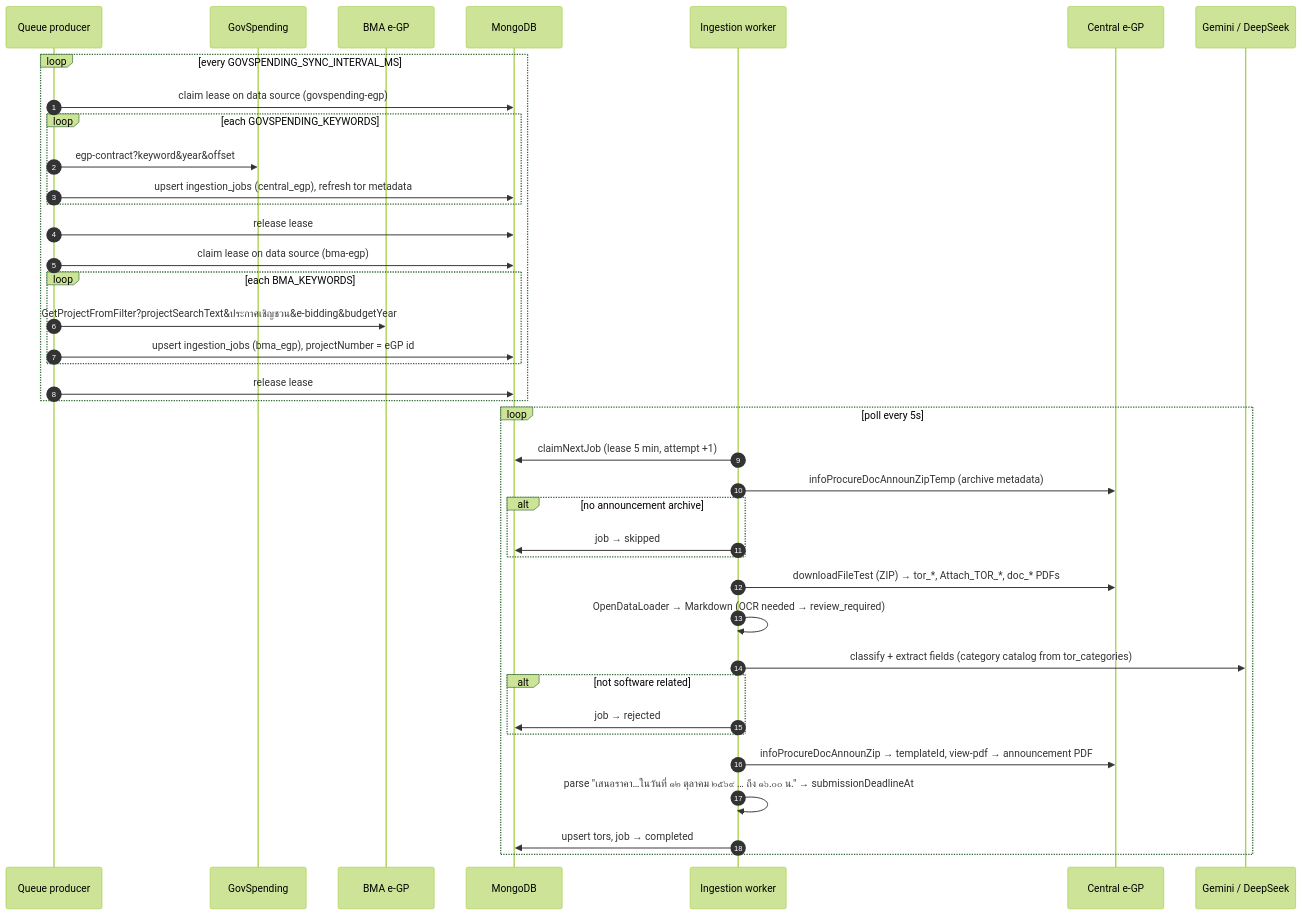
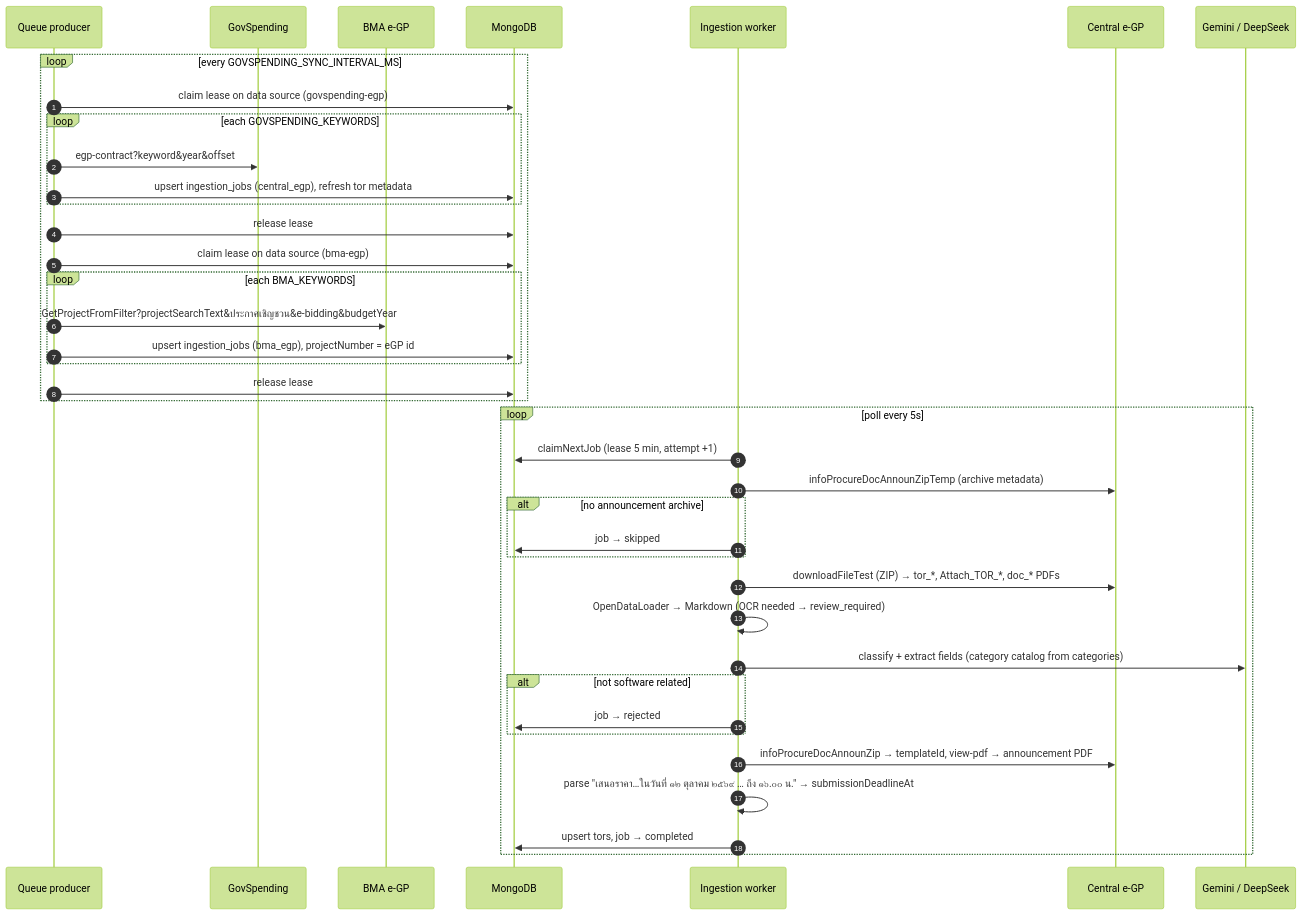
One commit to Doggo-CSP/TORPulse changed the third of 5 diagrams in docs/system-architecture.md. Above: the diagram before and after it, drawn with Mermaid (forest theme). The commit also changed other lines of this file and 2 other files, not shown here.

First line of the commit message:
docs: categories collection, admin API and finished-project reports

````diff
--- a/docs/system-architecture.md
+++ b/docs/system-architecture.md
@@ -90,43 +90,43 @@
 ```mermaid
 sequenceDiagram
   autonumber
   participant P as Queue producer
   participant G as GovSpending
   participant B as BMA e-GP
   participant DB as MongoDB
   participant W as Ingestion worker
   participant E as Central e-GP
   participant AI as Gemini / DeepSeek
 
   loop every GOVSPENDING_SYNC_INTERVAL_MS
     P->>DB: claim lease on data source (govspending-egp)
     loop each GOVSPENDING_KEYWORDS
       P->>G: egp-contract?keyword&year&offset
       P->>DB: upsert ingestion_jobs (central_egp), refresh tor metadata
     end
     P->>DB: release lease
     P->>DB: claim lease on data source (bma-egp)
     loop each BMA_KEYWORDS
       P->>B: GetProjectFromFilter?projectSearchText&ประกาศเชิญชวน&e-bidding&budgetYear
       P->>DB: upsert ingestion_jobs (bma_egp), projectNumber = eGP id
     end
     P->>DB: release lease
   end
 
   loop poll every 5s
     W->>DB: claimNextJob (lease 5 min, attempt +1)
     W->>E: infoProcureDocAnnounZipTemp (archive metadata)
     alt no announcement archive
       W->>DB: job → skipped
     end
     W->>E: downloadFileTest (ZIP) → tor_*, Attach_TOR_*, doc_* PDFs
     W->>W: OpenDataLoader → Markdown (OCR needed → review_required)
-    W->>AI: classify + extract fields (category catalog from tor_categories)
+    W->>AI: classify + extract fields (category catalog from categories)
     alt not software related
       W->>DB: job → rejected
     end
     W->>E: infoProcureDocAnnounZip → templateId, view-pdf → announcement PDF
     W->>W: parse "เสนอราคา…ในวันที่ ๑๒ ตุลาคม ๒๕๖๙ … ถึง ๑๖.๐๐ น." → submissionDeadlineAt
     W->>DB: upsert tors, job → completed
   end
 ```
````
